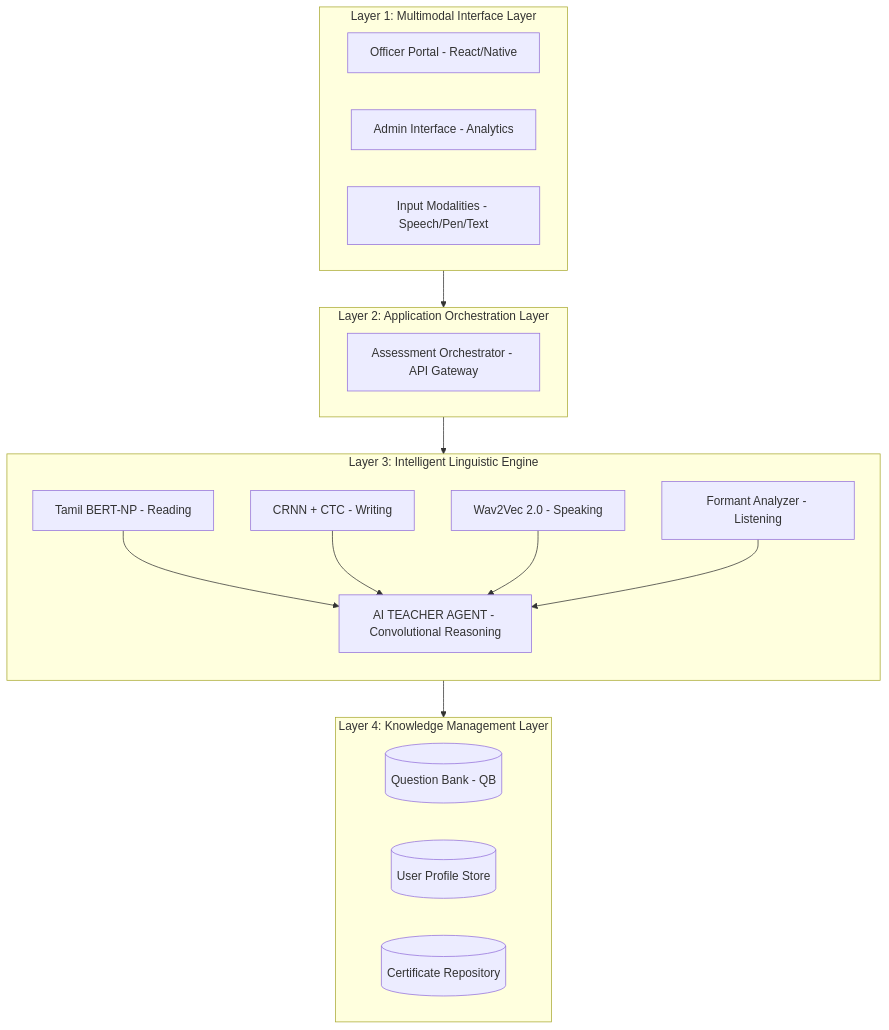
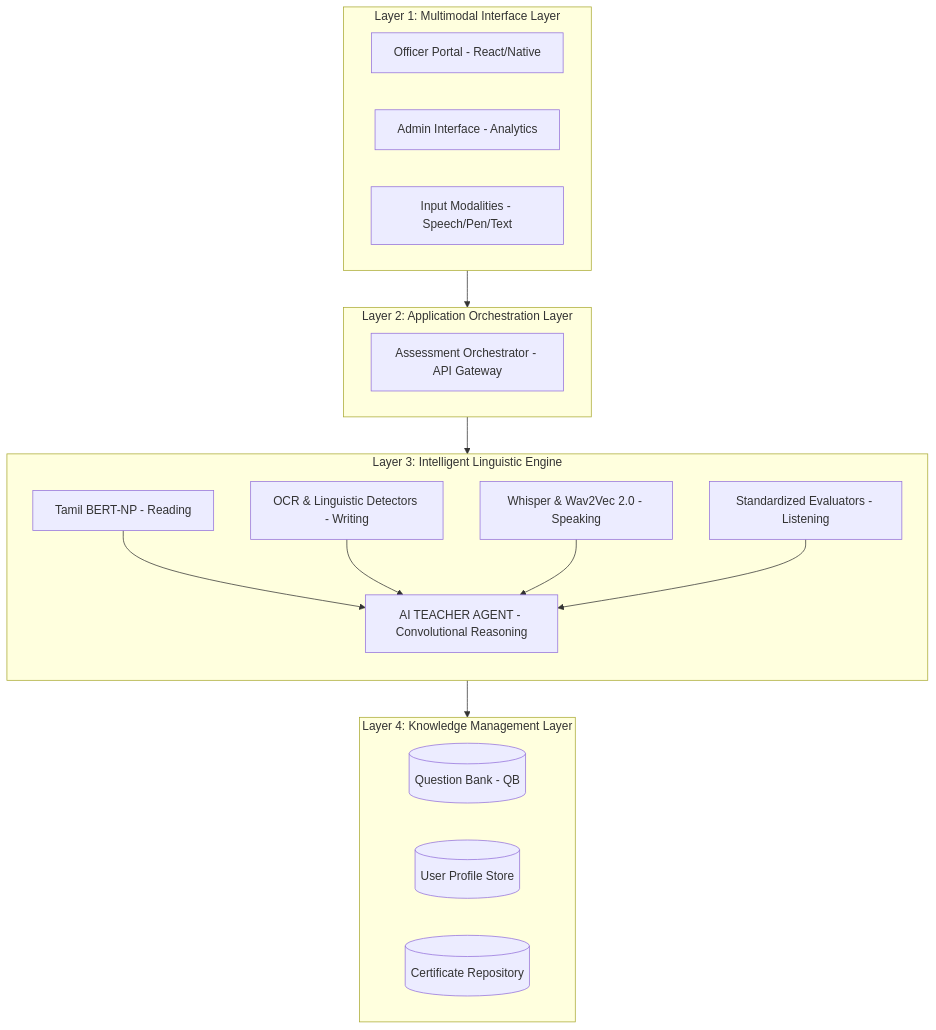
Before and after one commit to Saravanan2005real/Tamil-Prouficiency-Assesment-Platform-IITM: the first of 5 diagrams in README.md, drawn with Mermaid. The commit also changed other lines of this file and 5 other files, not shown here.

Commit message:
Update module architecture diagrams to match actual implementation logic (Groq, Ollama, Whisper, Gates)

````diff
--- a/README.md
+++ b/README.md
@@ -17,39 +17,39 @@
 ```mermaid
 graph TD
     %% Layer 1
     subgraph MIL [Layer 1: Multimodal Interface Layer]
         A[Officer Portal - React/Native]
         B[Admin Interface - Analytics]
         C[Input Modalities - Speech/Pen/Text]
     end
 
     %% Layer 2
     subgraph AOL [Layer 2: Application Orchestration Layer]
         D[Assessment Orchestrator - API Gateway]
     end
 
     %% Layer 3
     subgraph ILE [Layer 3: Intelligent Linguistic Engine]
         direction TB
         E[Tamil BERT-NP - Reading]
-        F[CRNN + CTC - Writing]
-        G[Wav2Vec 2.0 - Speaking]
-        H[Formant Analyzer - Listening]
+        F[OCR & Linguistic Detectors - Writing]
+        G[Whisper & Wav2Vec 2.0 - Speaking]
+        H[Standardized Evaluators - Listening]
         I[AI TEACHER AGENT - Convolutional Reasoning]
     end
 
     %% Layer 4
     subgraph KML [Layer 4: Knowledge Management Layer]
         J[(Question Bank - QB)]
         K[(User Profile Store)]
         L[(Certificate Repository)]
     end
 
     %% Connections
     MIL --> AOL
     AOL --> ILE
     ILE --> KML
     
     %% Internal ILE connections
     E & F & G & H --> I
 ```
````
